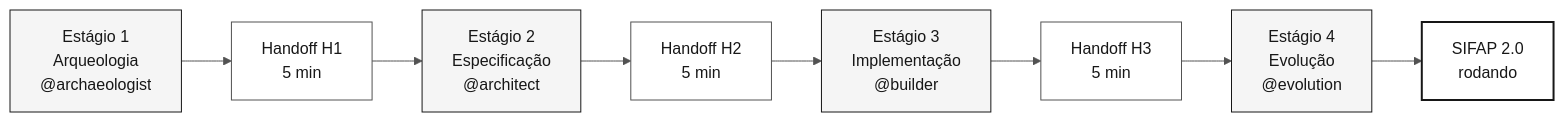
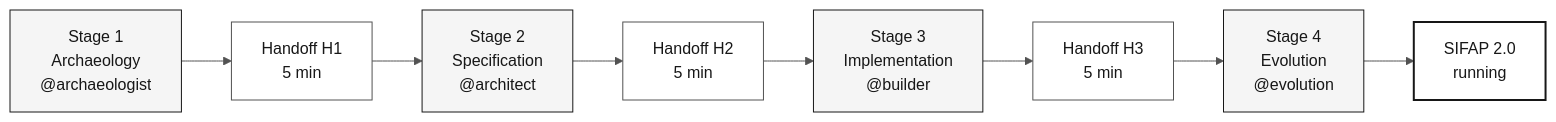
Before and after one commit to serpro-workshop-fortaleza/sifap-Heitor: the first of 2 diagrams in 00-SITEMAP.md, drawn with Mermaid. The commit also changed other lines of this file and 365 other files, not shown here.

````diff
--- a/00-SITEMAP.md
+++ b/00-SITEMAP.md
@@ -13,18 +13,18 @@
 ```mermaid
 %%{init: {'theme':'neutral','themeVariables':{'fontFamily':'ui-sans-serif, system-ui, sans-serif','primaryColor':'#F5F5F5','primaryTextColor':'#171717','primaryBorderColor':'#171717','lineColor':'#525252','secondaryColor':'#FFFFFF','tertiaryColor':'#FAFAFA','background':'#FFFFFF'}}}%%
 flowchart LR
     classDef step fill:#F5F5F5,stroke:#171717,color:#171717
     classDef handoff fill:#FFFFFF,stroke:#525252,color:#171717
     classDef result fill:#FFFFFF,stroke:#171717,color:#171717,stroke-width:2px
 
-    E1["Estágio 1<br/>Arqueologia<br/>@archaeologist"]:::step
+    E1["Stage 1<br/>Archaeology<br/>@archaeologist"]:::step
     H1["Handoff H1<br/>5 min"]:::handoff
-    E2["Estágio 2<br/>Especificação<br/>@architect"]:::step
+    E2["Stage 2<br/>Specification<br/>@architect"]:::step
     H2["Handoff H2<br/>5 min"]:::handoff
-    E3["Estágio 3<br/>Implementação<br/>@builder"]:::step
+    E3["Stage 3<br/>Implementation<br/>@builder"]:::step
     H3["Handoff H3<br/>5 min"]:::handoff
-    E4["Estágio 4<br/>Evolução<br/>@evolution"]:::step
-    R["SIFAP 2.0<br/>rodando"]:::result
+    E4["Stage 4<br/>Evolution<br/>@evolution"]:::step
+    R["SIFAP 2.0<br/>running"]:::result
 
     E1 --> H1 --> E2 --> H2 --> E3 --> H3 --> E4 --> R
 ```
````
